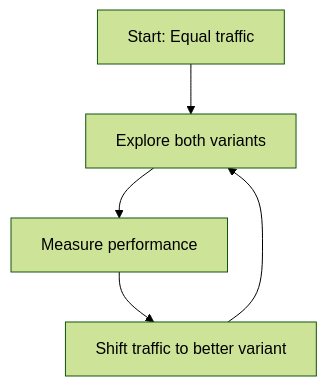
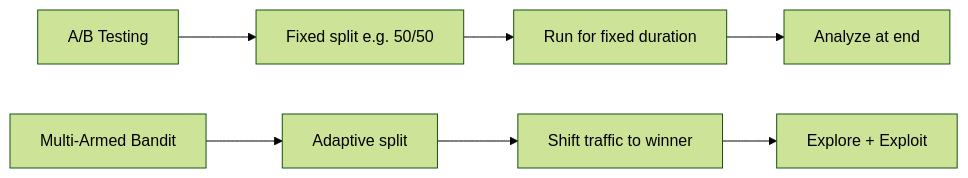
The second of 2 diagrams in src/ml/mlops/ab-testing.md (vanos001/placement_prep), drawn with Mermaid (forest theme) before and after one commit. The commit also changed other lines of this file and 43 other files, not shown here.

````diff
--- a/src/ml/mlops/ab-testing.md
+++ b/src/ml/mlops/ab-testing.md
@@ -140,7 +102,9 @@
 ```mermaid
-graph TD
-    START[Start: Equal traffic] --> EXPLORE[Explore both variants]
-    EXPLORE --> MEASURE[Measure performance]
-    MEASURE --> SHIFT[Shift traffic to better variant]
-    SHIFT --> EXPLORE
+graph LR
+    A[A/B Testing] --> B[Fixed split e.g. 50/50]
+    B --> C[Run for fixed duration]
+    C --> D[Analyze at end]
+    E[Multi-Armed Bandit] --> F[Adaptive split]
+    F --> G[Shift traffic to winner]
+    G --> H[Explore + Exploit]
 ```
````
